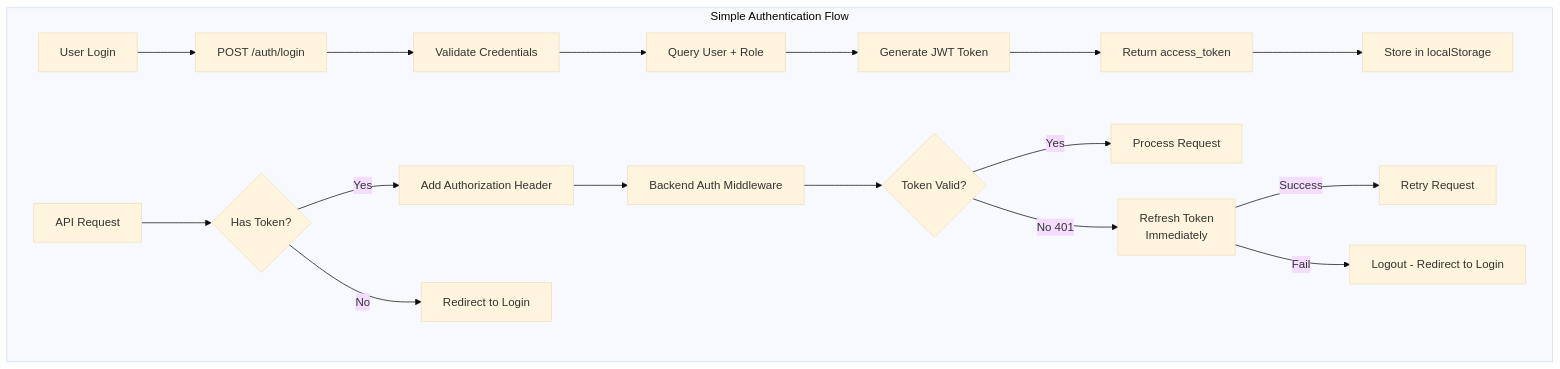
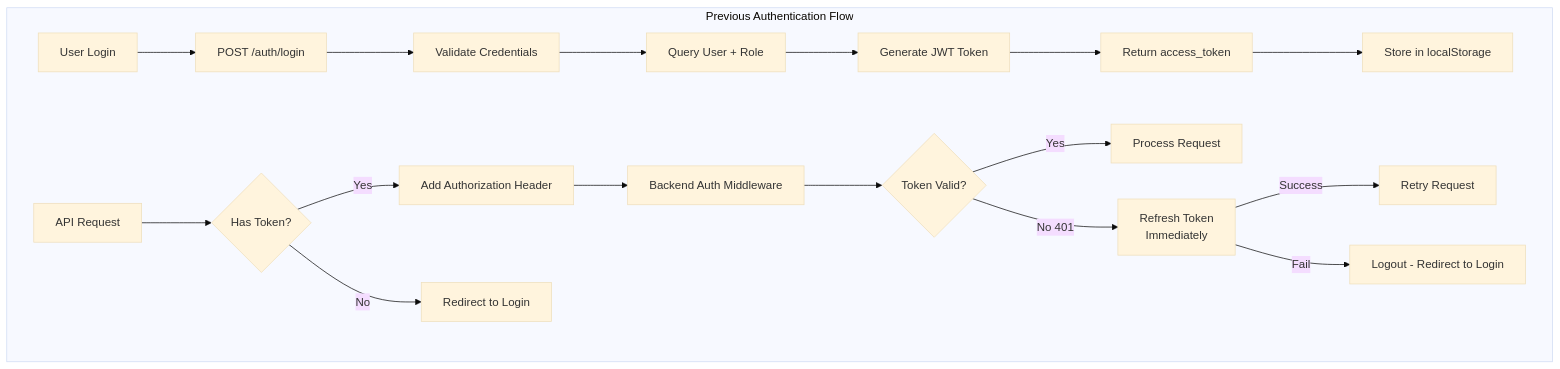
Before and after one commit to arayabrain/araya-optinist: the first of 2 diagrams in studio/config/terraform/Documentation/AUTH_SYNC_ROUTING_SUMMARY.md, drawn with Mermaid (base theme). The commit also changed other lines of this file, not shown here.

Commit message:
Update documentation for auth flow

````diff
--- a/studio/config/terraform/Documentation/AUTH_SYNC_ROUTING_SUMMARY.md
+++ b/studio/config/terraform/Documentation/AUTH_SYNC_ROUTING_SUMMARY.md
@@ -65,21 +65,21 @@
 ```mermaid
 graph TB
-    subgraph "Simple Authentication Flow"
+    subgraph "Previous Authentication Flow"
         A[User Login] --> B[POST /auth/login]
         B --> C[Validate Credentials]
         C --> D[Query User + Role]
         D --> E[Generate JWT Token]
         E --> F[Return access_token]
         F --> G[Store in localStorage]
-
+        
         I[API Request] --> J{Has Token?}
         J -->|Yes| K[Add Authorization Header]
         J -->|No| L[Redirect to Login]
         K --> M[Backend Auth Middleware]
         M --> N{Token Valid?}
         N -->|Yes| O[Process Request]
         N -->|No 401| P[Refresh Token<br/>Immediately]
         P -->|Success| Q[Retry Request]
         P -->|Fail| R[Logout - Redirect to Login]
     end
 ```
````
